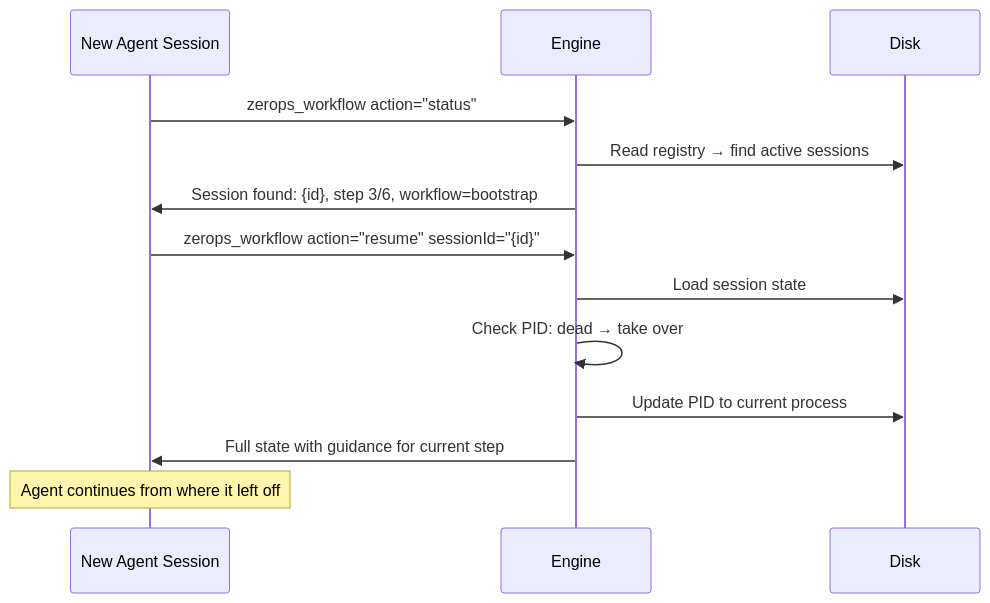
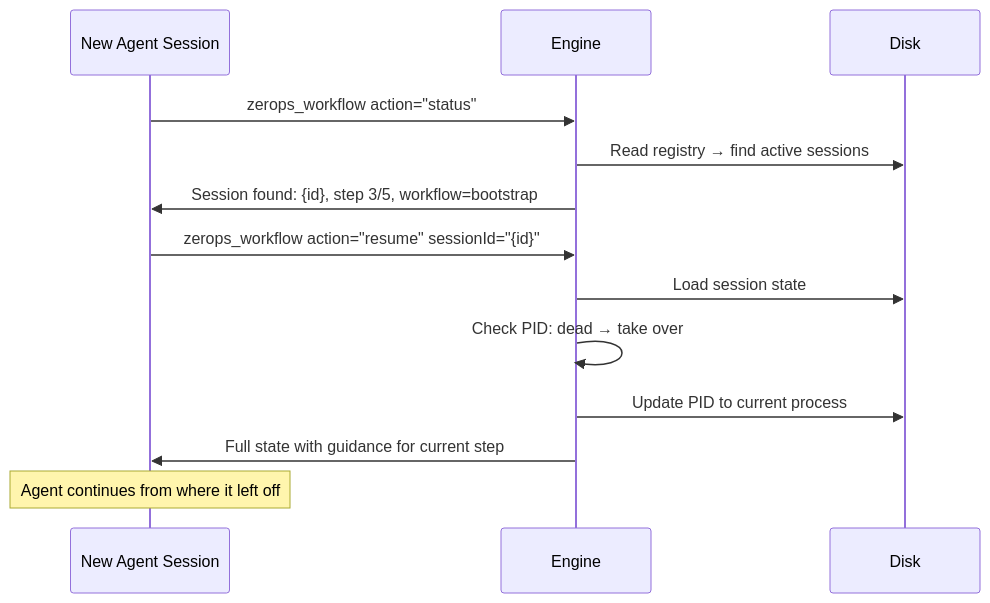
One commit to zeropsio/zcp changed the eighth of 8 diagrams in docs/spec-bootstrap-deploy.md. Above: the diagram before and after it, drawn with Mermaid. The commit also changed other lines of this file and 1 other file, not shown here.

First line of the commit message:
docs: update spec to 5-step bootstrap, add strategy gate, simplify plan

````diff
--- a/docs/spec-bootstrap-deploy.md
+++ b/docs/spec-bootstrap-deploy.md
@@ -834,18 +778,18 @@
 ```mermaid
 sequenceDiagram
     participant Agent as New Agent Session
     participant Engine
     participant Disk
 
     Agent->>Engine: zerops_workflow action="status"
     Engine->>Disk: Read registry → find active sessions
-    Engine->>Agent: Session found: {id}, step 3/6, workflow=bootstrap
+    Engine->>Agent: Session found: {id}, step 3/5, workflow=bootstrap
 
     Agent->>Engine: zerops_workflow action="resume" sessionId="{id}"
     Engine->>Disk: Load session state
     Engine->>Engine: Check PID: dead → take over
     Engine->>Disk: Update PID to current process
     Engine->>Agent: Full state with guidance for current step
 
     Note over Agent: Agent continues from where it left off
 ```
````
